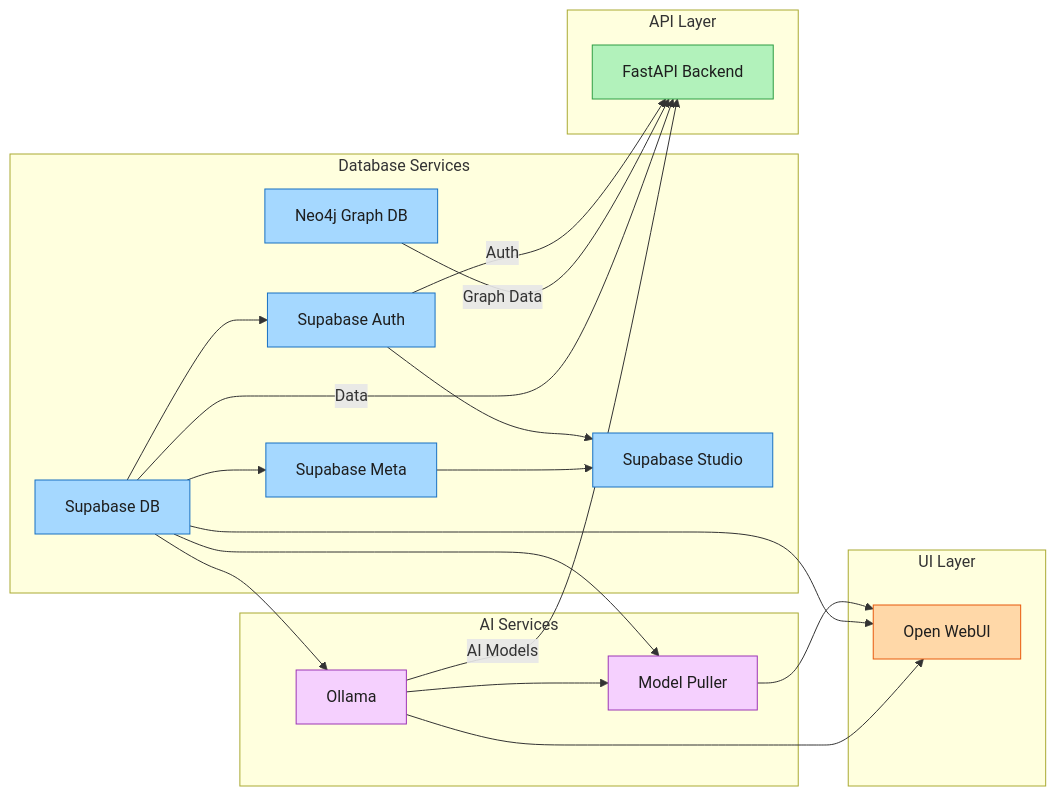
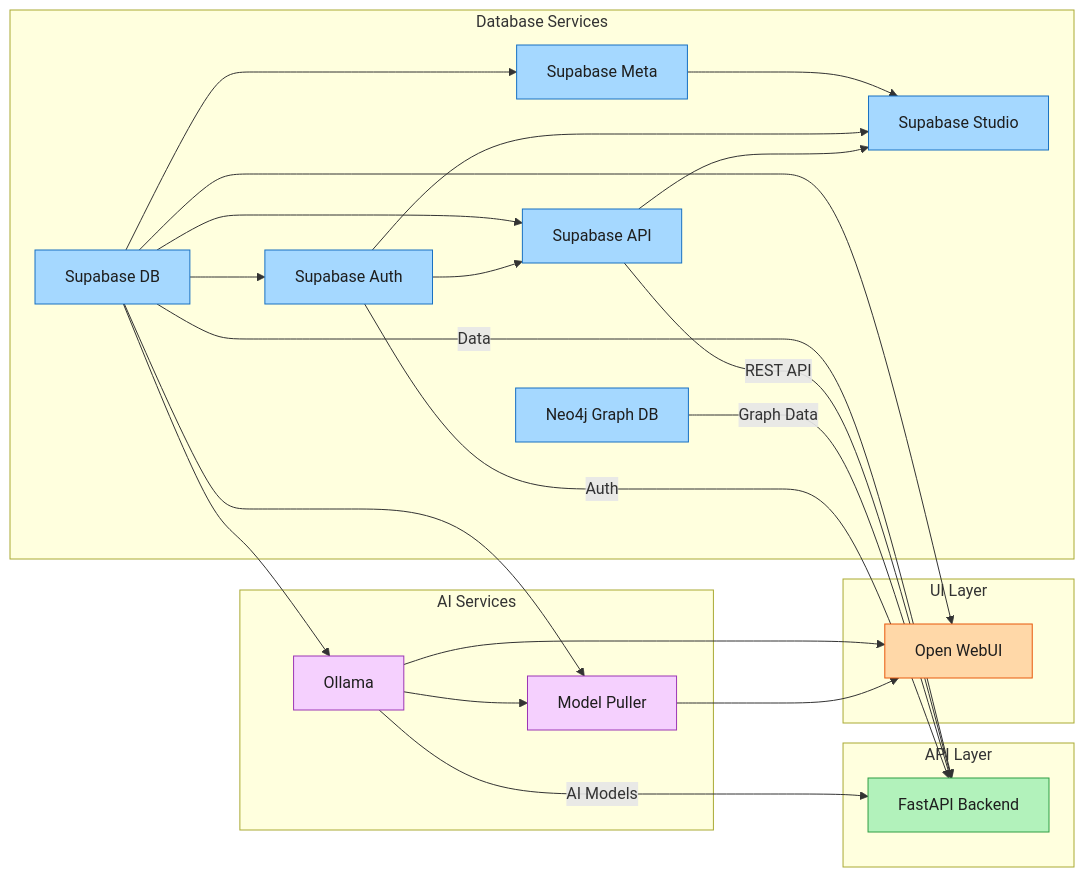
One commit to thekaveh/genai-vanilla changed the diagram in docs/diagrams/architecture.mermaid. Above: the diagram before and after it, drawn with Mermaid. The commit also changed 8 other files, not shown here.

Commit message:
adds the supabase/api postgrest service

```diff
--- a/docs/diagrams/architecture.mermaid
+++ b/docs/diagrams/architecture.mermaid
@@ -1,59 +1,64 @@
 graph LR
     %% Define styles
     classDef database fill:#a5d8ff,stroke:#1971c2,color:#1e1e1e
     classDef ai fill:#f5d0fe,stroke:#9c36b5,color:#1e1e1e
     classDef ui fill:#ffd8a8,stroke:#e8590c,color:#1e1e1e
     classDef api fill:#b2f2bb,stroke:#2f9e44,color:#1e1e1e
     
     %% Database Services
     subgraph DB[Database Services]
         supabaseDB[Supabase DB]
         supabaseMeta[Supabase Meta]
         supabaseAuth[Supabase Auth]
+        supabaseAPI[Supabase API]
         supabaseStudio[Supabase Studio]
         graphDB[Neo4j Graph DB]
     end
     
     %% AI Services
     subgraph AI[AI Services]
         ollama[Ollama]
         ollamaPull[Model Puller]
     end
     
     %% API Layer (moved to right side)
     subgraph API[API Layer]
         backendAPI[FastAPI Backend]
     end
     
     %% UI Layer
     subgraph UI[UI Layer]
         openWebUI[Open WebUI]
     end
     
     %% Connections based on docker-compose.yml dependencies
     supabaseDB --> supabaseMeta
     supabaseDB --> supabaseAuth
+    supabaseDB --> supabaseAPI
+    supabaseAuth --> supabaseAPI
     supabaseMeta --> supabaseStudio
     supabaseAuth --> supabaseStudio
+    supabaseAPI --> supabaseStudio
     
     %% Backend dependencies
     supabaseDB -- Data --> backendAPI
+    supabaseAPI -- REST API --> backendAPI
     graphDB -- Graph Data --> backendAPI
     ollama -- AI Models --> backendAPI
     supabaseAuth -- Auth --> backendAPI
     
     %% Ollama and related services
     supabaseDB --> ollama
     ollama --> ollamaPull
     supabaseDB --> ollamaPull
     
     %% Open WebUI dependencies
     ollama --> openWebUI
     supabaseDB --> openWebUI
     ollamaPull --> openWebUI
     
     %% Apply styles
-    class supabaseDB,supabaseMeta,supabaseAuth,supabaseStudio,graphDB database
+    class supabaseDB,supabaseMeta,supabaseAuth,supabaseAPI,supabaseStudio,graphDB database
     class ollama,ollamaPull ai
     class openWebUI ui
     class backendAPI api
```
